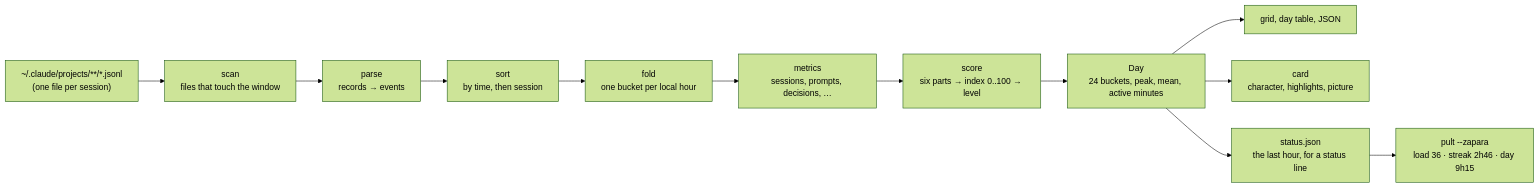
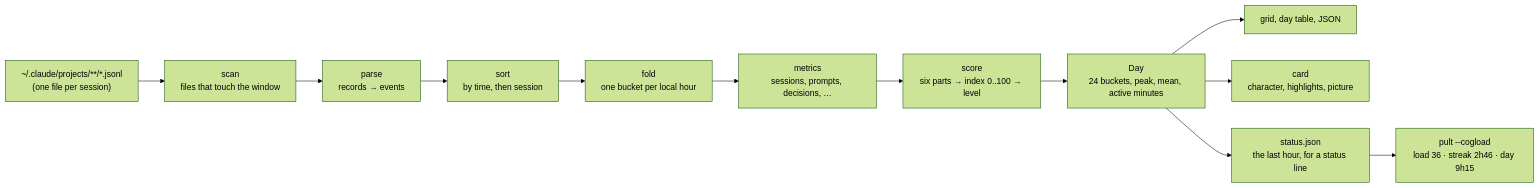
The diagram in docs/how-the-numbers-are-made.md (drakulavich/cogload), drawn with Mermaid (forest theme) before and after one commit. The commit also changed other lines of this file and 34 other files, not shown here.

First line of the commit message:
Rename zapara to cogload: package, command, data directory, card, plugin command, docs

````diff
--- a/docs/how-the-numbers-are-made.md
+++ b/docs/how-the-numbers-are-made.md
@@ -9,14 +9,14 @@
 ```mermaid
 flowchart LR
   T["~/.claude/projects/**/*.jsonl<br/>(one file per session)"] --> S["scan<br/>files that touch the window"]
   S --> P["parse<br/>records → events"]
   P --> O["sort<br/>by time, then session"]
   O --> F["fold<br/>one bucket per local hour"]
   F --> M["metrics<br/>sessions, prompts, decisions, …"]
   M --> X["score<br/>six parts → index 0..100 → level"]
   X --> D["Day<br/>24 buckets, peak, mean, active minutes"]
   D --> G["grid, day table, JSON"]
   D --> C["card<br/>character, highlights, picture"]
   D --> ST["status.json<br/>the last hour, for a status line"]
-  ST --> PU["pult --zapara<br/>load 36 · streak 2h46 · day 9h15"]
+  ST --> PU["pult --cogload<br/>load 36 · streak 2h46 · day 9h15"]
 ```
````
